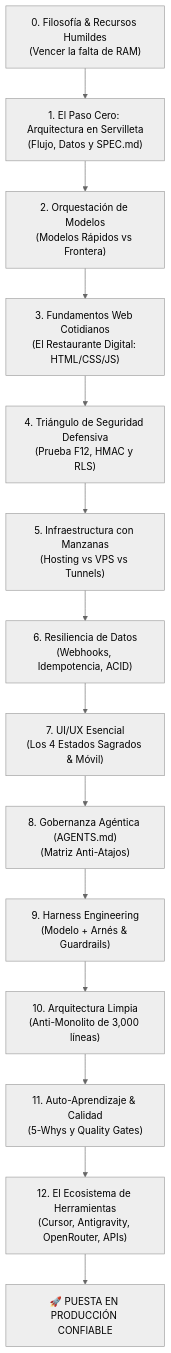
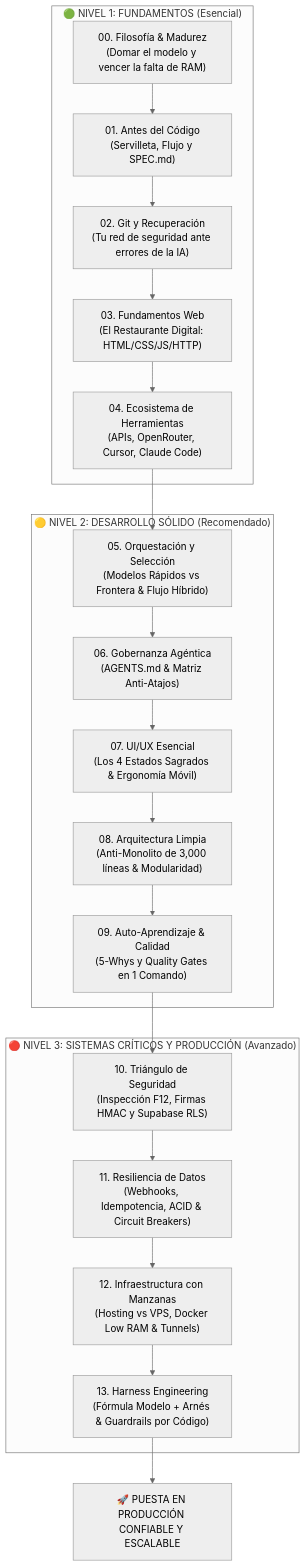
One commit to moisesrojasp89-Dev/Guia-de-desarrollo-asistido-con-IA changed the diagram in README.md. Above: the diagram before and after it, drawn with Mermaid (neutral theme). The commit also changed other lines of this file and 49 other files, not shown here.

Commit message:
feat: reestructuracion en 3 niveles, modulo de git, madurez de proyectos y robustez en plantillas

````diff
--- a/README.md
+++ b/README.md
@@ -39,16 +52,30 @@
 ```mermaid
 flowchart TD
-    M0["0. Filosofía & Recursos Humildes\n(Vencer la falta de RAM)"] --> M1["1. El Paso Cero: Arquitectura en Servilleta\n(Flujo, Datos y SPEC.md)"]
-    M1 --> M2["2. Orquestación de Modelos\n(Modelos Rápidos vs Frontera)"]
-    M2 --> M3["3. Fundamentos Web Cotidianos\n(El Restaurante Digital: HTML/CSS/JS)"]
-    M3 --> M4["4. Triángulo de Seguridad Defensiva\n(Prueba F12, HMAC y RLS)"]
-    M4 --> M5["5. Infraestructura con Manzanas\n(Hosting vs VPS vs Tunnels)"]
-    M5 --> M6["6. Resiliencia de Datos\n(Webhooks, Idempotencia, ACID)"]
-    M6 --> M7["7. UI/UX Esencial\n(Los 4 Estados Sagrados & Móvil)"]
-    M7 --> M8["8. Gobernanza Agéntica (AGENTS.md)\n(Matriz Anti-Atajos)"]
-    M8 --> M9["9. Harness Engineering\n(Modelo + Arnés & Guardrails)"]
-    M9 --> M10["10. Arquitectura Limpia\n(Anti-Monolito de 3,000 líneas)"]
-    M10 --> M11["11. Auto-Aprendizaje & Calidad\n(5-Whys y Quality Gates)"]
-    M11 --> M12["12. El Ecosistema de Herramientas\n(Cursor, Antigravity, OpenRouter, APIs)"]
-    M12 --> PROD["🚀 PUESTA EN PRODUCCIÓN CONFIABLE"]
+    subgraph L1 ["🟢 NIVEL 1: FUNDAMENTOS (Esencial)"]
+        M0["00. Filosofía & Madurez\n(Domar el modelo y vencer la falta de RAM)"]
+        M1["01. Antes del Código\n(Servilleta, Flujo y SPEC.md)"]
+        M2["02. Git y Recuperación\n(Tu red de seguridad ante errores de la IA)"]
+        M3["03. Fundamentos Web\n(El Restaurante Digital: HTML/CSS/JS/HTTP)"]
+        M4["04. Ecosistema de Herramientas\n(APIs, OpenRouter, Cursor, Claude Code)"]
+        M0 --> M1 --> M2 --> M3 --> M4
+    end
+
+    subgraph L2 ["🟡 NIVEL 2: DESARROLLO SÓLIDO (Recomendado)"]
+        M5["05. Orquestación y Selección\n(Modelos Rápidos vs Frontera & Flujo Híbrido)"]
+        M6["06. Gobernanza Agéntica\n(AGENTS.md & Matriz Anti-Atajos)"]
+        M7["07. UI/UX Esencial\n(Los 4 Estados Sagrados & Ergonomía Móvil)"]
+        M8["08. Arquitectura Limpia\n(Anti-Monolito de 3,000 líneas & Modularidad)"]
+        M9["09. Auto-Aprendizaje & Calidad\n(5-Whys y Quality Gates en 1 Comando)"]
+        M4 --> M5 --> M6 --> M7 --> M8 --> M9
+    end
+
+    subgraph L3 ["🔴 NIVEL 3: SISTEMAS CRÍTICOS Y PRODUCCIÓN (Avanzado)"]
+        M10["10. Triángulo de Seguridad\n(Inspección F12, Firmas HMAC y Supabase RLS)"]
+        M11["11. Resiliencia de Datos\n(Webhooks, Idempotencia, ACID & Circuit Breakers)"]
+        M12["12. Infraestructura con Manzanas\n(Hosting vs VPS, Docker Low RAM & Tunnels)"]
+        M13["13. Harness Engineering\n(Fórmula Modelo + Arnés & Guardrails por Código)"]
+        M9 --> M10 --> M11 --> M12 --> M13
+    end
+
+    M13 --> PROD["🚀 PUESTA EN PRODUCCIÓN CONFIABLE Y ESCALABLE"]
 ```
````
